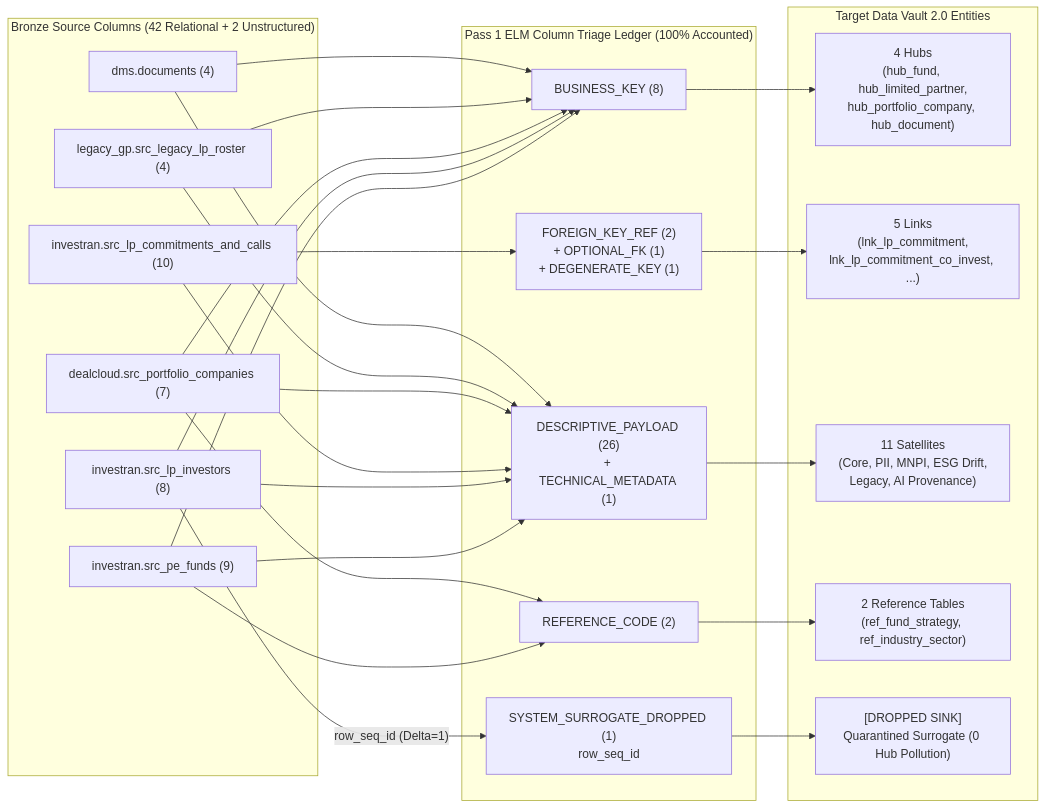
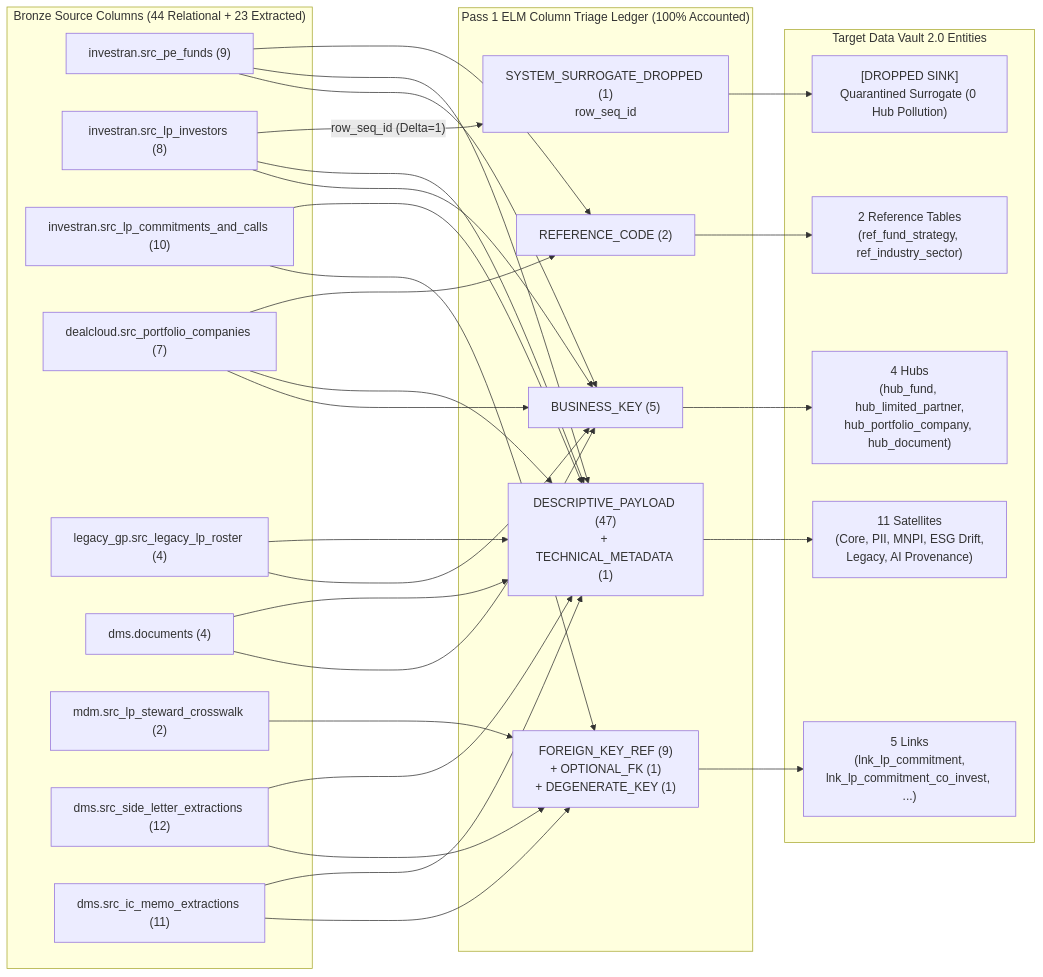
Before and after one commit to nogoo9/open-dv: the third of 4 diagrams in docs/06-explainability-and-observability-spec.md, drawn with Mermaid. The commit also changed other lines of this file and 6 other files, not shown here.

````diff
--- a/docs/06-explainability-and-observability-spec.md
+++ b/docs/06-explainability-and-observability-spec.md
@@ -599,33 +602,36 @@
 ```mermaid
 flowchart LR
-    subgraph Bronze["Bronze Source Columns (42 Relational + 2 Unstructured)"]
+    subgraph Bronze["Bronze Source Columns (44 Relational + 23 Extracted)"]
         T1["investran.src_pe_funds (9)"]
         T2["investran.src_lp_investors (8)"]
         T3["investran.src_lp_commitments_and_calls (10)"]
         T4["dealcloud.src_portfolio_companies (7)"]
         T5["legacy_gp.src_legacy_lp_roster (4)"]
         T6["dms.documents (4)"]
+        T7["mdm.src_lp_steward_crosswalk (2)"]
+        T8["dms.src_side_letter_extractions (12)"]
+        T9["dms.src_ic_memo_extractions (11)"]
     end
 
     subgraph Triage["Pass 1 ELM Column Triage Ledger (100% Accounted)"]
-        BK["BUSINESS_KEY (8)"]
-        FK["FOREIGN_KEY_REF (2)\n+ OPTIONAL_FK (1)\n+ DEGENERATE_KEY (1)"]
-        PL["DESCRIPTIVE_PAYLOAD (26)\n+ TECHNICAL_METADATA (1)"]
+        BK["BUSINESS_KEY (5)"]
+        FK["FOREIGN_KEY_REF (9)\n+ OPTIONAL_FK (1)\n+ DEGENERATE_KEY (1)"]
+        PL["DESCRIPTIVE_PAYLOAD (47)\n+ TECHNICAL_METADATA (1)"]
         RC["REFERENCE_CODE (2)"]
         SR["SYSTEM_SURROGATE_DROPPED (1)\nrow_seq_id"]
     end
 
     subgraph Targets["Target Data Vault 2.0 Entities"]
         HUBS["4 Hubs\n(hub_fund, hub_limited_partner,\nhub_portfolio_company, hub_document)"]
         LNKS["5 Links\n(lnk_lp_commitment,\nlnk_lp_commitment_co_invest, ...)"]
         SATS["11 Satellites\n(Core, PII, MNPI, ESG Drift,\nLegacy, AI Provenance)"]
         REFS["2 Reference Tables\n(ref_fund_strategy, ref_industry_sector)"]
         SINK["[DROPPED SINK]\nQuarantined Surrogate (0 Hub Pollution)"]
     end
 
     T1 & T2 & T4 & T5 & T6 --> BK --> HUBS
-    T3 --> FK --> LNKS
-    T1 & T2 & T3 & T4 & T5 & T6 --> PL --> SATS
+    T3 & T7 & T8 & T9 --> FK --> LNKS
+    T1 & T2 & T3 & T4 & T5 & T6 & T8 & T9 --> PL --> SATS
     T1 & T4 --> RC --> REFS
     T2 -->|"row_seq_id (Delta=1)"| SR --> SINK
 ```
````
